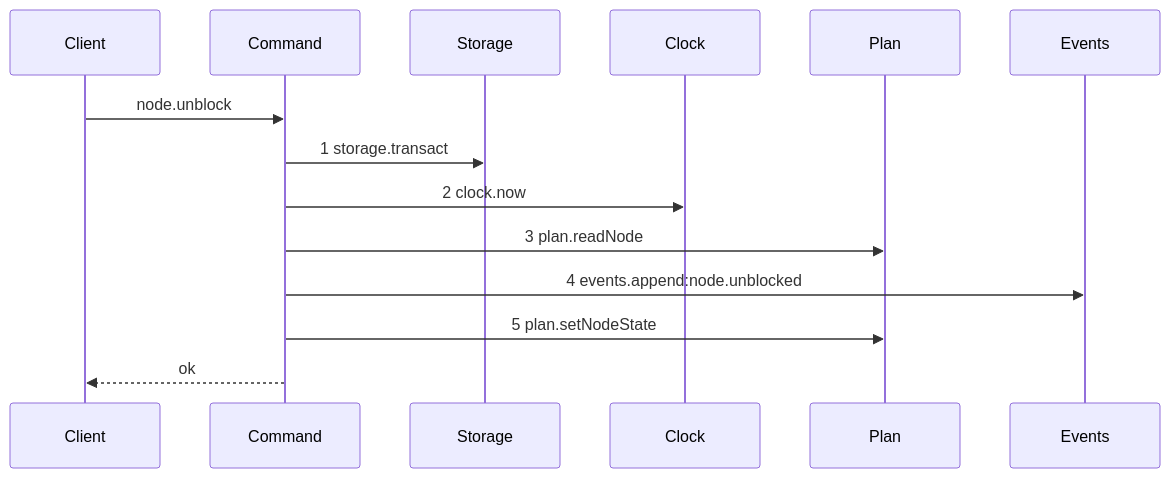
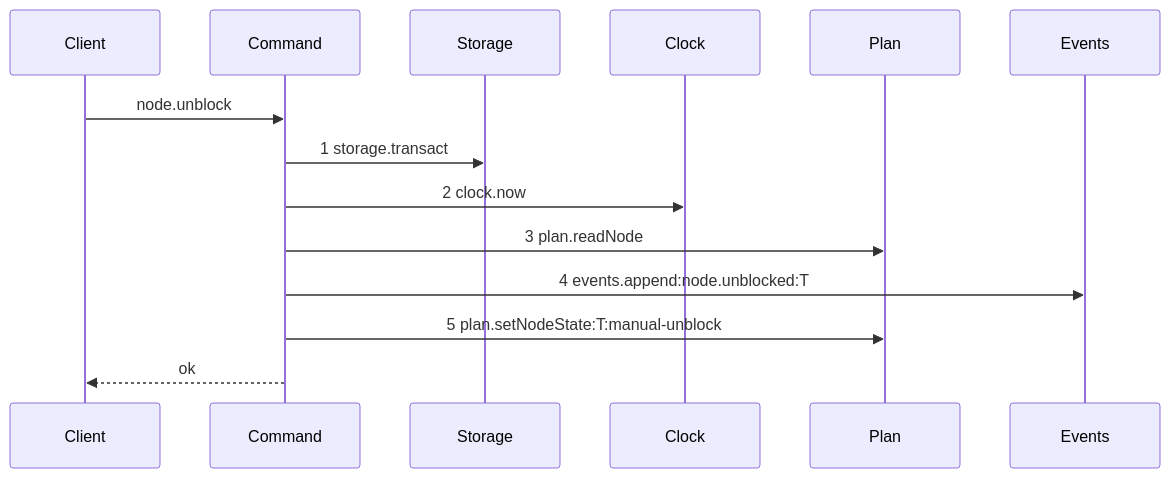
One commit to kanthorlabs/kanthord-engine changed the first of 2 diagrams in .agents/plan/stories/050.3-the-plan-write-guard/05-the-unblock-node-guard.md. Above: the diagram before and after it, drawn with Mermaid. The commit also changed other lines of this file and 38 other files, not shown here.

````diff
--- a/.agents/plan/stories/050.3-the-plan-write-guard/05-the-unblock-node-guard.md
+++ b/.agents/plan/stories/050.3-the-plan-write-guard/05-the-unblock-node-guard.md
@@ -22,16 +22,16 @@
 ```mermaid
 sequenceDiagram
     participant Client
     participant Command
     participant Storage
     participant Clock
     participant Plan
     participant Events
     Client->>Command: node.unblock
     Command->>Storage: 1 storage.transact
     Command->>Clock: 2 clock.now
     Command->>Plan: 3 plan.readNode
-    Command->>Events: 4 events.append:node.unblocked
-    Command->>Plan: 5 plan.setNodeState
+    Command->>Events: 4 events.append:node.unblocked:T
+    Command->>Plan: 5 plan.setNodeState:T:manual-unblock
     Command-->>Client: ok
 ```
````
